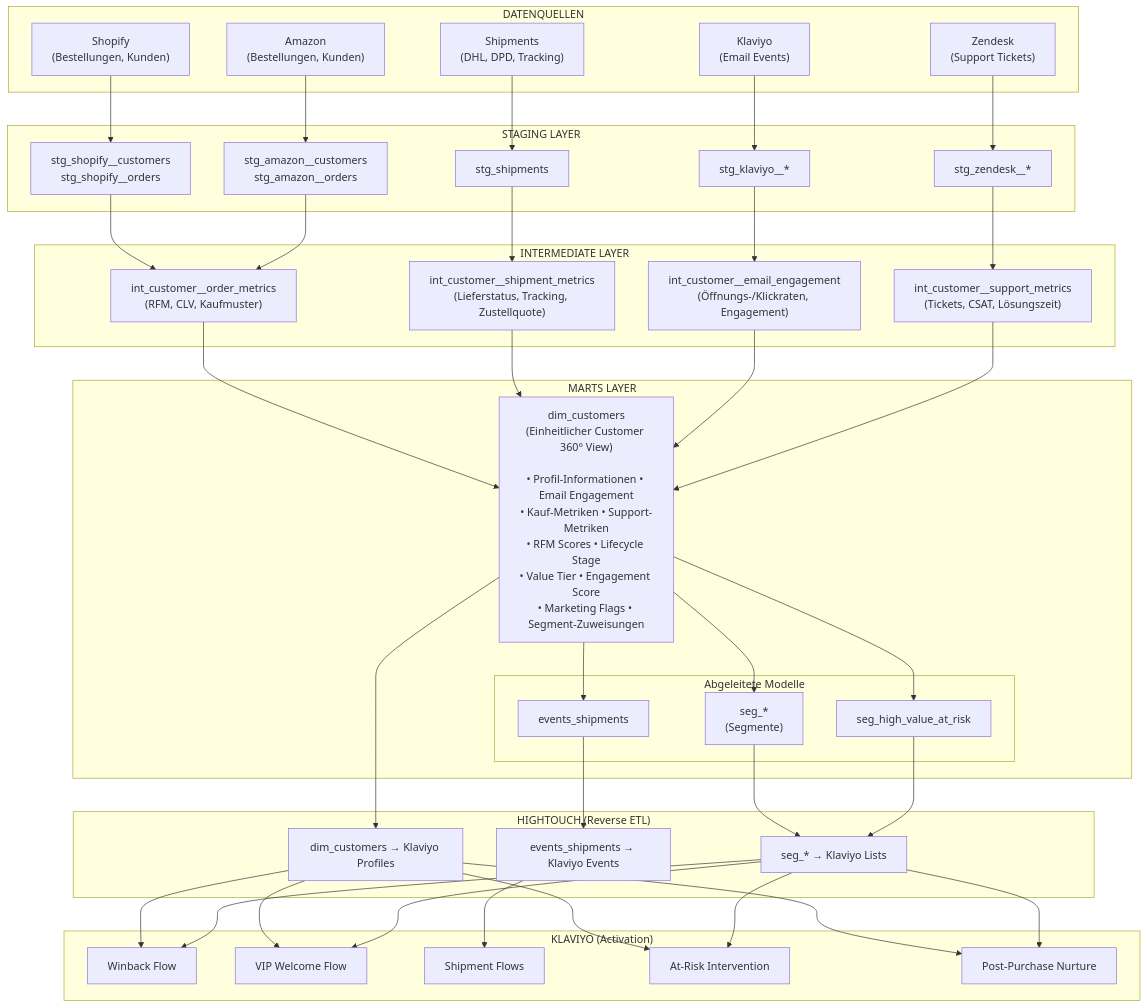
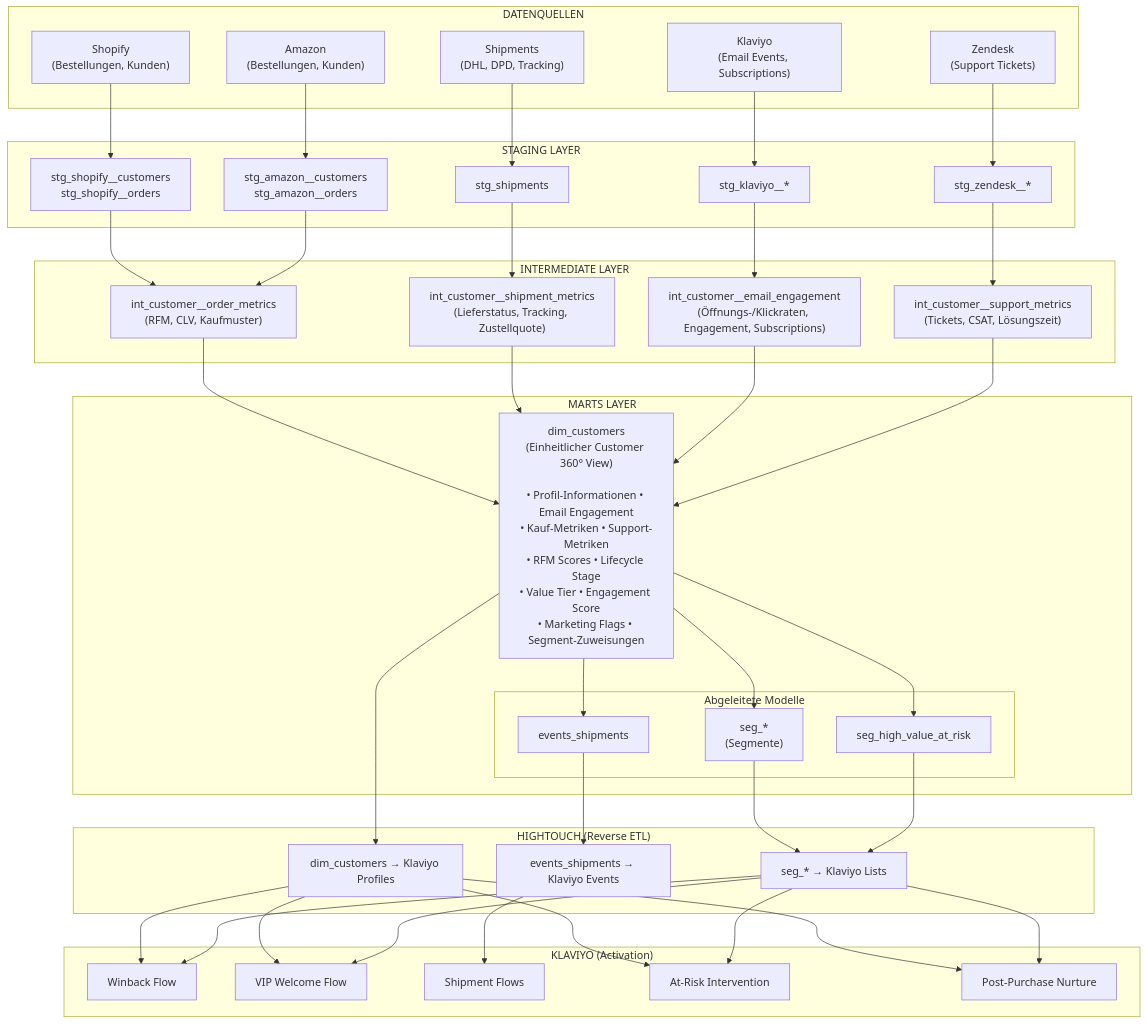
The second of 2 diagrams in README.md (Thalrion/mlcd_360_customer_data_pipeline), drawn with Mermaid before and after one commit. The commit also changed other lines of this file, not shown here.

Commit message:
Erweitere Klaviyo-Datenquellen um Newsletter-Subscriptions
- Klaviyo liefert nun Email Events + List Subscriptions
- Neue Staging-Modelle: stg_klaviyo__lists, stg_klaviyo__list_memberships
- Intermediate Layer verarbeitet auch Subscription-Daten

🤖 Generated with [Claude Code](https://claude.com/claude-code)

```diff
--- a/README.md
+++ b/README.md
@@ -43,7 +43,7 @@
         shopify["Shopify<br/>(Bestellungen, Kunden)"]
         amazon["Amazon<br/>(Bestellungen, Kunden)"]
         shipments["Shipments<br/>(DHL, DPD, Tracking)"]
-        klaviyo_in["Klaviyo<br/>(Email Events)"]
+        klaviyo_in["Klaviyo<br/>(Email Events, Subscriptions)"]
         zendesk["Zendesk<br/>(Support Tickets)"]
     end
 
@@ -58,7 +58,7 @@
     subgraph intermediate["INTERMEDIATE LAYER"]
         int_order["int_customer__order_metrics<br/>(RFM, CLV, Kaufmuster)"]
         int_ship["int_customer__shipment_metrics<br/>(Lieferstatus, Tracking, Zustellquote)"]
-        int_email["int_customer__email_engagement<br/>(Öffnungs-/Klickraten, Engagement)"]
+        int_email["int_customer__email_engagement<br/>(Öffnungs-/Klickraten, Engagement, Subscriptions)"]
         int_support["int_customer__support_metrics<br/>(Tickets, CSAT, Lösungszeit)"]
     end
 
```
